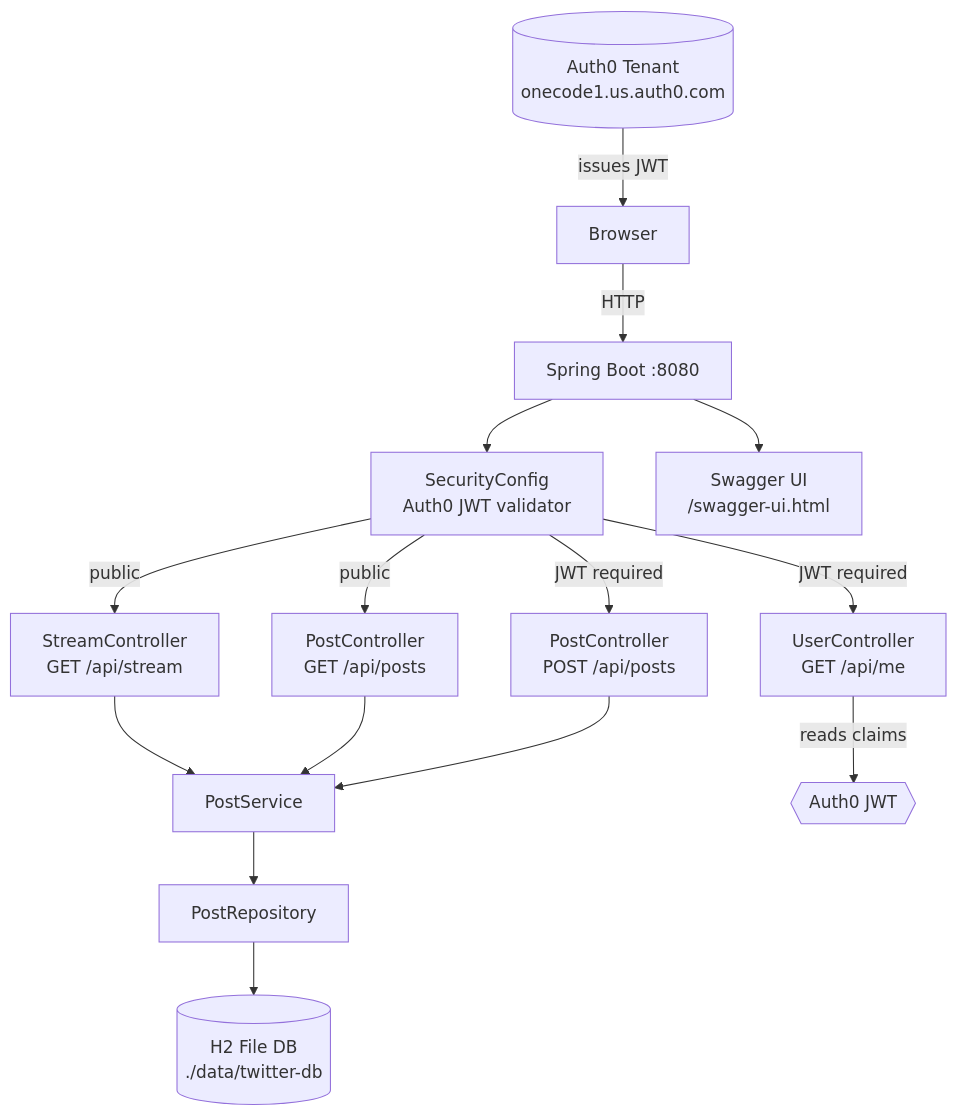
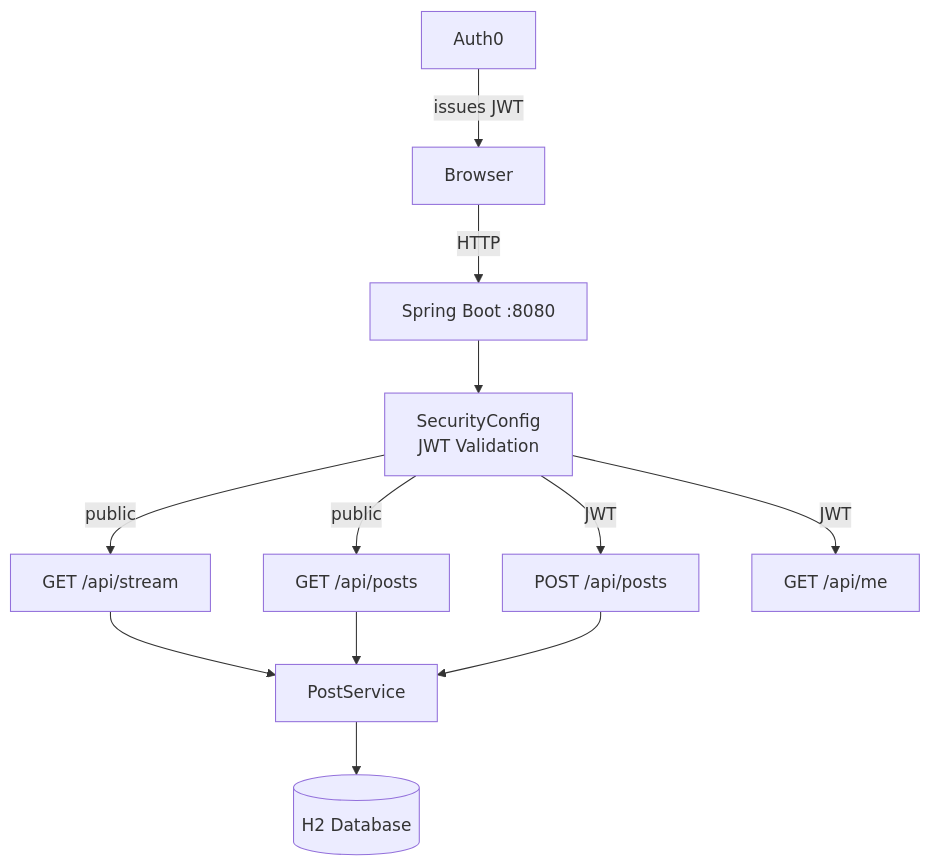
The first of 2 diagrams in README.md (OneCode182/AREP-Microservices), drawn with Mermaid before and after one commit. The commit also changed other lines of this file and 3 other files, not shown here.

Commit message:
docs: update main README with architecture diagrams and final status

````diff
--- a/README.md
+++ b/README.md
@@ -21,17 +30,14 @@
 ```mermaid
 graph TD
-    Browser -->|HTTP| SB[Spring Boot :8080]
-    SB --> SC[SecurityConfig\nAuth0 JWT validator]
-    SC -->|public| StreamCtrl[StreamController\nGET /api/stream]
-    SC -->|public| PostsGetCtrl[PostController\nGET /api/posts]
-    SC -->|JWT required| PostsPostCtrl[PostController\nPOST /api/posts]
-    SC -->|JWT required| UserCtrl[UserController\nGET /api/me]
-    StreamCtrl --> PS[PostService]
-    PostsGetCtrl --> PS
-    PostsPostCtrl --> PS
-    PS --> PR[PostRepository]
-    PR --> H2[(H2 File DB\n./data/twitter-db)]
-    UserCtrl -->|reads claims| JWT{{Auth0 JWT}}
-    SB --> Swagger[Swagger UI\n/swagger-ui.html]
-    Auth0[(Auth0 Tenant\nonecode1.us.auth0.com)] -->|issues JWT| Browser
+    Browser -->|HTTP| SB["Spring Boot :8080"]
+    SB --> SC["SecurityConfig\nJWT Validation"]
+    SC -->|public| Stream["GET /api/stream"]
+    SC -->|public| PostsGet["GET /api/posts"]
+    SC -->|JWT| PostsPost["POST /api/posts"]
+    SC -->|JWT| UserMe["GET /api/me"]
+    Stream --> PS["PostService"]
+    PostsGet --> PS
+    PostsPost --> PS
+    PS --> H2[("H2 Database")]
+    Auth0["Auth0"] -->|issues JWT| Browser
 ```
````
